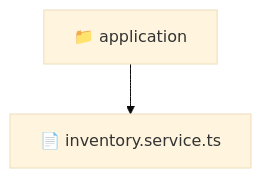
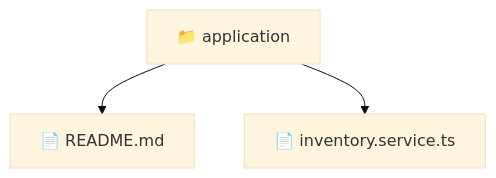
One commit to beginwebdev2002/fullstack-mavluda changed the diagram in backend/src/modules/inventory/application/README.md. Above: the diagram before and after it, drawn with Mermaid (base theme). The commit also changed other lines of this file and 158 other files, not shown here.

First line of the commit message:
chore: autogenerate luxury professional README.md files for full architectural transparency

````diff
--- a/backend/src/modules/inventory/application/README.md
+++ b/backend/src/modules/inventory/application/README.md
@@ -9,5 +9,6 @@
 ```mermaid
 graph TD
   Root["📁 application"]
+  Root --> README_md["📄 README.md"]
   Root --> inventory_service_ts["📄 inventory.service.ts"]
 ```
````
